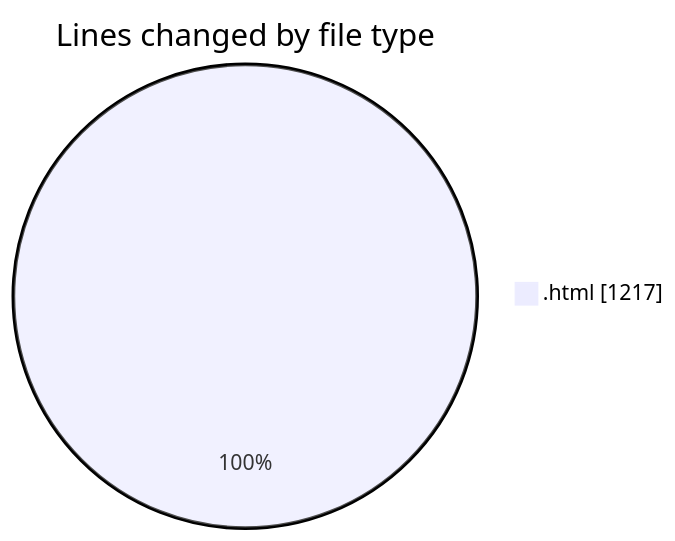
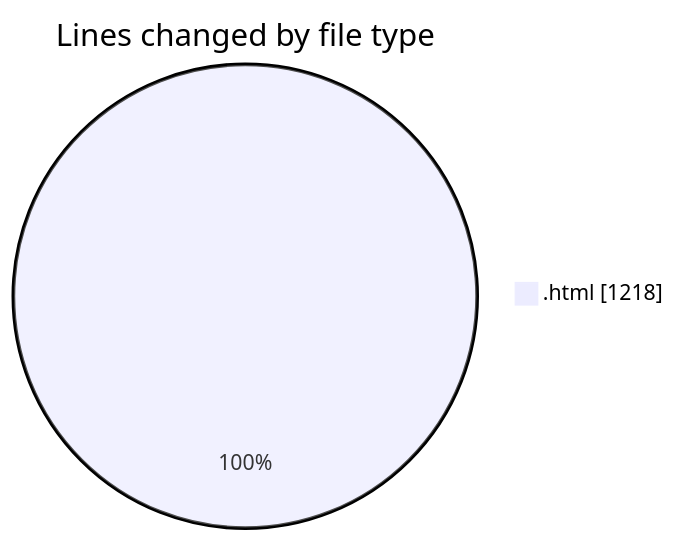
One commit to vahidmafi/code-tracking changed the first of 2 diagrams in 2025-09-06/www/README.md. Above: the diagram before and after it, drawn with Mermaid. The commit also changed other lines of this file and 1 other file, not shown here.

````diff
--- a/2025-09-06/www/README.md
+++ b/2025-09-06/www/README.md
@@ -21,5 +21,5 @@
 ```mermaid
 pie showData
 title Lines changed by file type
-".html" : 1217
+".html" : 1218
 ```
````
